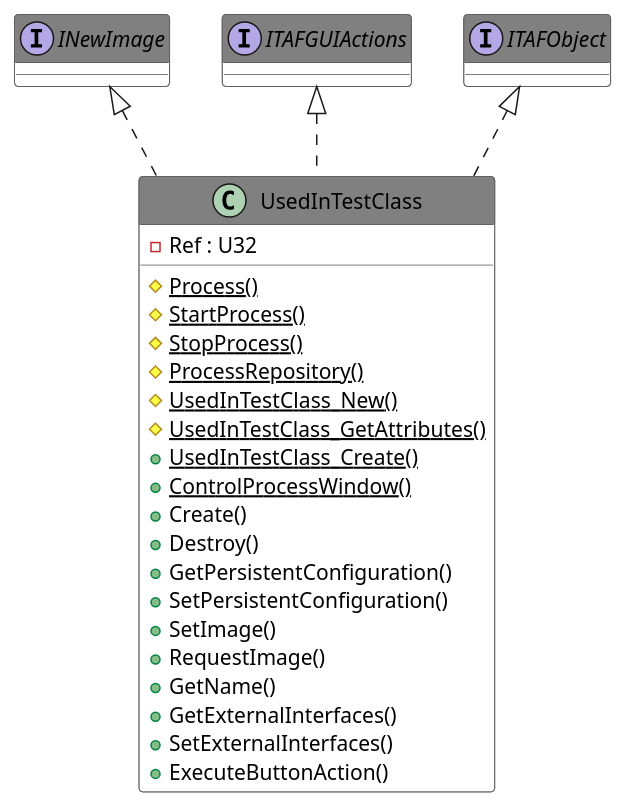
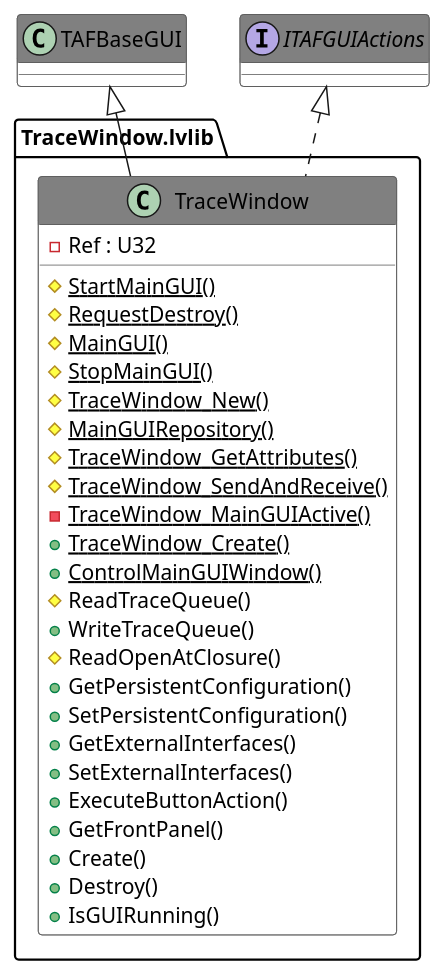
The diagram in Source/Antidoc-Output/Includes/037.adoc (PatriekBruins/TriekselsoftApplicationFramework), drawn with PlantUML before and after one commit. The commit also changed other lines of this file and 692 other files, not shown here.

```diff
--- a/Source/Antidoc-Output/Includes/037.adoc
+++ b/Source/Antidoc-Output/Includes/037.adoc
@@ -8,44 +8,46 @@
 [plantuml, format="svg", align="center"]
 ....
 @startuml
 set namespaceSeparator :
 skinparam ClassBackgroundColor #FFFFFF
 skinparam ClassBorderColor #555555
 skinparam ClassFontColor #000000
 skinparam ClassHeaderBackgroundColor #808080
 
 skinparam top to bottom direction
-class "UsedInTestClass" {
+class "TraceWindow.lvlib:TraceWindow" {
 {field} -Ref : U32
-{static} {method} #Process()
-{static} {method} #StartProcess()
-{static} {method} #StopProcess()
-{static} {method} #ProcessRepository()
-{static} {method} #UsedInTestClass_New()
-{static} {method} #UsedInTestClass_GetAttributes()
-{static} {method} +UsedInTestClass_Create()
-{static} {method} +ControlProcessWindow()
-{method} +Create()
-{method} +Destroy()
+{static} {method} #StartMainGUI()
+{static} {method} #RequestDestroy()
+{static} {method} #MainGUI()
+{static} {method} #StopMainGUI()
+{static} {method} #TraceWindow_New()
+{static} {method} #MainGUIRepository()
+{static} {method} #TraceWindow_GetAttributes()
+{static} {method} #TraceWindow_SendAndReceive()
+{static} {method} -TraceWindow_MainGUIActive()
+{static} {method} +TraceWindow_Create()
+{static} {method} +ControlMainGUIWindow()
+{method} #ReadTraceQueue()
+{method} +WriteTraceQueue()
+{method} #ReadOpenAtClosure()
 {method} +GetPersistentConfiguration()
 {method} +SetPersistentConfiguration()
-{method} +SetImage()
-{method} +RequestImage()
-{method} +GetName()
 {method} +GetExternalInterfaces()
 {method} +SetExternalInterfaces()
 {method} +ExecuteButtonAction()
+{method} +GetFrontPanel()
+{method} +Create()
+{method} +Destroy()
+{method} +IsGUIRunning()
 
 }
-"INewImage" <|.. "UsedInTestClass"
-interface "INewImage" {}
-"ITAFGUIActions" <|.. "UsedInTestClass"
+"TAFBaseGUI" <|-- "TraceWindow.lvlib:TraceWindow"
+"ITAFGUIActions" <|.. "TraceWindow.lvlib:TraceWindow"
 interface "ITAFGUIActions" {}
-"ITAFObject" <|.. "UsedInTestClass"
-interface "ITAFObject" {}
 
 
 
 
 @enduml
 ....
```
